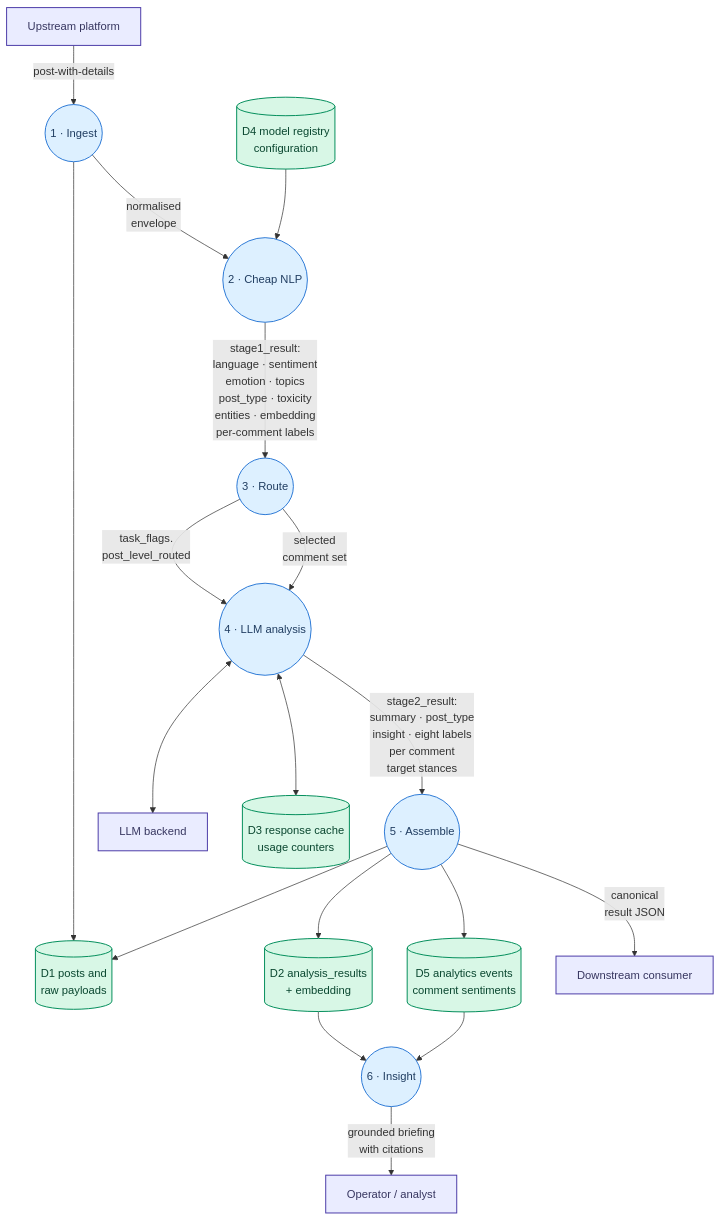
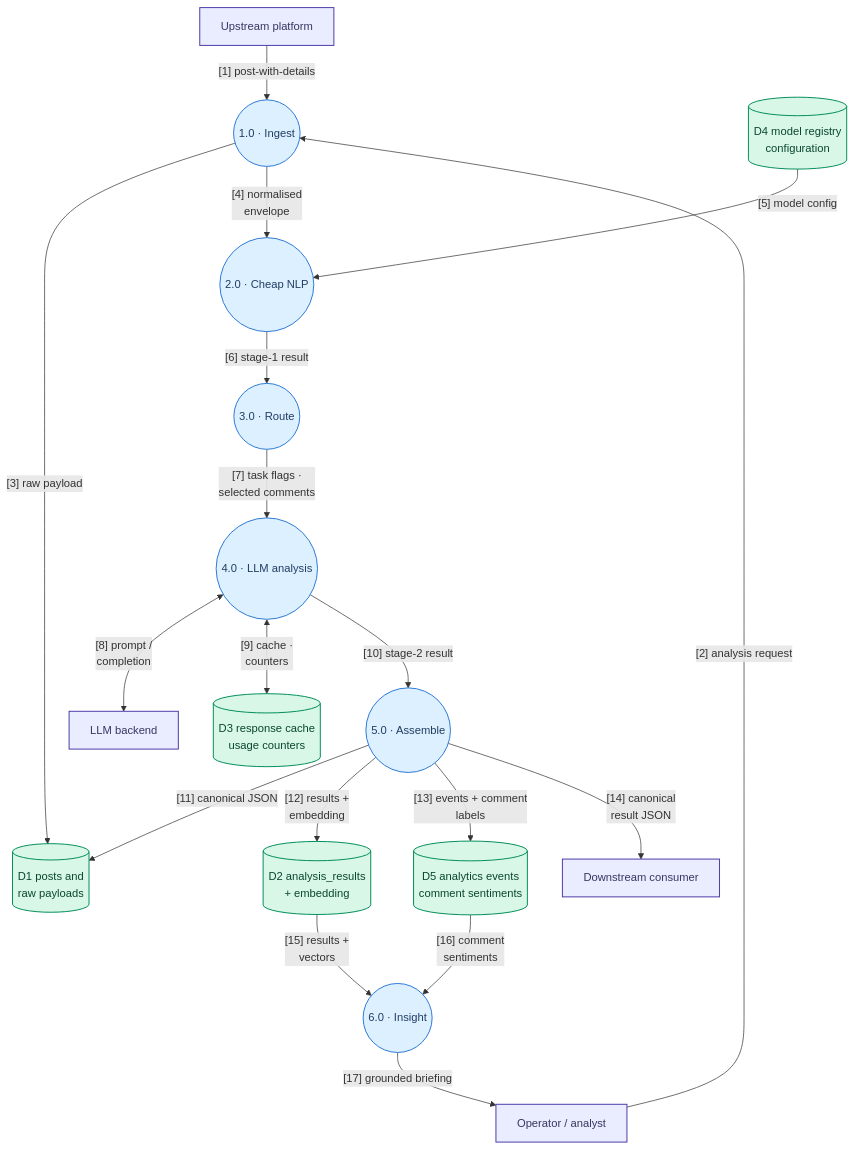
One commit to Bishwajit-2810/Defense changed the diagram in paper/diagrams/fig-dfd1.mmd. Above: the diagram before and after it, drawn with Mermaid. The commit also changed 40 other files, not shown here.

```diff
--- a/paper/diagrams/fig-dfd1.mmd
+++ b/paper/diagrams/fig-dfd1.mmd
@@ -1,44 +1,44 @@
 graph TD
     Up["Upstream platform"]
     Op["Operator / analyst"]
     Down["Downstream consumer"]
     Backend["LLM backend"]
 
-    P1(("1 · Ingest"))
-    P2(("2 · Cheap NLP"))
-    P3(("3 · Route"))
-    P4(("4 · LLM analysis"))
-    P5(("5 · Assemble"))
-    P6(("6 · Insight"))
+    P1(("1.0 · Ingest"))
+    P2(("2.0 · Cheap NLP"))
+    P3(("3.0 · Route"))
+    P4(("4.0 · LLM analysis"))
+    P5(("5.0 · Assemble"))
+    P6(("6.0 · Insight"))
 
     D1[("D1 posts and<br/>raw payloads")]
     D2[("D2 analysis_results<br/>+ embedding")]
     D3[("D3 response cache<br/>usage counters")]
     D4[("D4 model registry<br/>configuration")]
     D5[("D5 analytics events<br/>comment sentiments")]
 
-    Up -- "post-with-details" --> P1
-    P1 --> D1
-    P1 -- "normalised<br/>envelope" --> P2
-    D4 --> P2
-    P2 -- "stage1_result:<br/>language · sentiment<br/>emotion · topics<br/>post_type · toxicity<br/>entities · embedding<br/>per-comment labels" --> P3
-    P3 -- "task_flags.<br/>post_level_routed" --> P4
-    P3 -- "selected<br/>comment set" --> P4
-    P4 <--> Backend
-    P4 <--> D3
-    P4 -- "stage2_result:<br/>summary · post_type<br/>insight · eight labels<br/>per comment<br/>target stances" --> P5
-    P5 --> D1
-    P5 --> D2
-    P5 --> D5
-    P5 -- "canonical<br/>result JSON" --> Down
-    D2 --> P6
-    D5 --> P6
-    P6 -- "grounded briefing<br/>with citations" --> Op
+    Up -- "[1] post-with-details" --> P1
+    Op -- "[2] analysis request" --> P1
+    P1 -- "[3] raw payload" --> D1
+    P1 -- "[4] normalised<br/>envelope" --> P2
+    D4 -- "[5] model config" --> P2
+    P2 -- "[6] stage-1 result" --> P3
+    P3 -- "[7] task flags ·<br/>selected comments" --> P4
+    P4 <-- "[8] prompt /<br/>completion" --> Backend
+    P4 <-- "[9] cache ·<br/>counters" --> D3
+    P4 -- "[10] stage-2 result" --> P5
+    P5 -- "[11] canonical JSON" --> D1
+    P5 -- "[12] results +<br/>embedding" --> D2
+    P5 -- "[13] events + comment<br/>labels" --> D5
+    P5 -- "[14] canonical<br/>result JSON" --> Down
+    D2 -- "[15] results +<br/>vectors" --> P6
+    D5 -- "[16] comment<br/>sentiments" --> P6
+    P6 -- "[17] grounded briefing" --> Op
 
     class Up,Op,Down,Backend entry
     class P1,P2,P3,P4,P5,P6 svc
     class D1,D2,D3,D4,D5 store
 
     classDef entry fill:#eaecff,stroke:#4a3aa7,stroke-width:1.4px,color:#373660
     classDef svc fill:#ddf0ff,stroke:#2a78d6,stroke-width:1.4px,color:#203d61
     classDef store fill:#d8f7e6,stroke:#008d5a,stroke-width:1.4px,color:#0a4730
```
